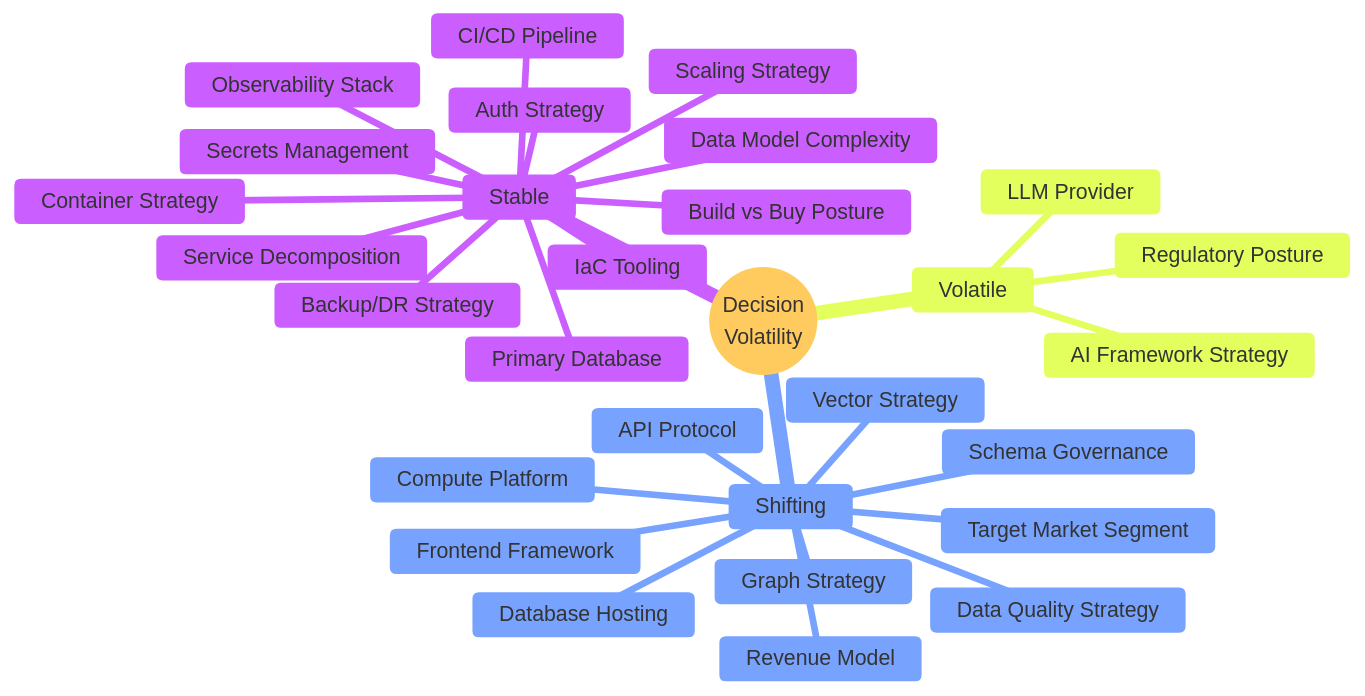
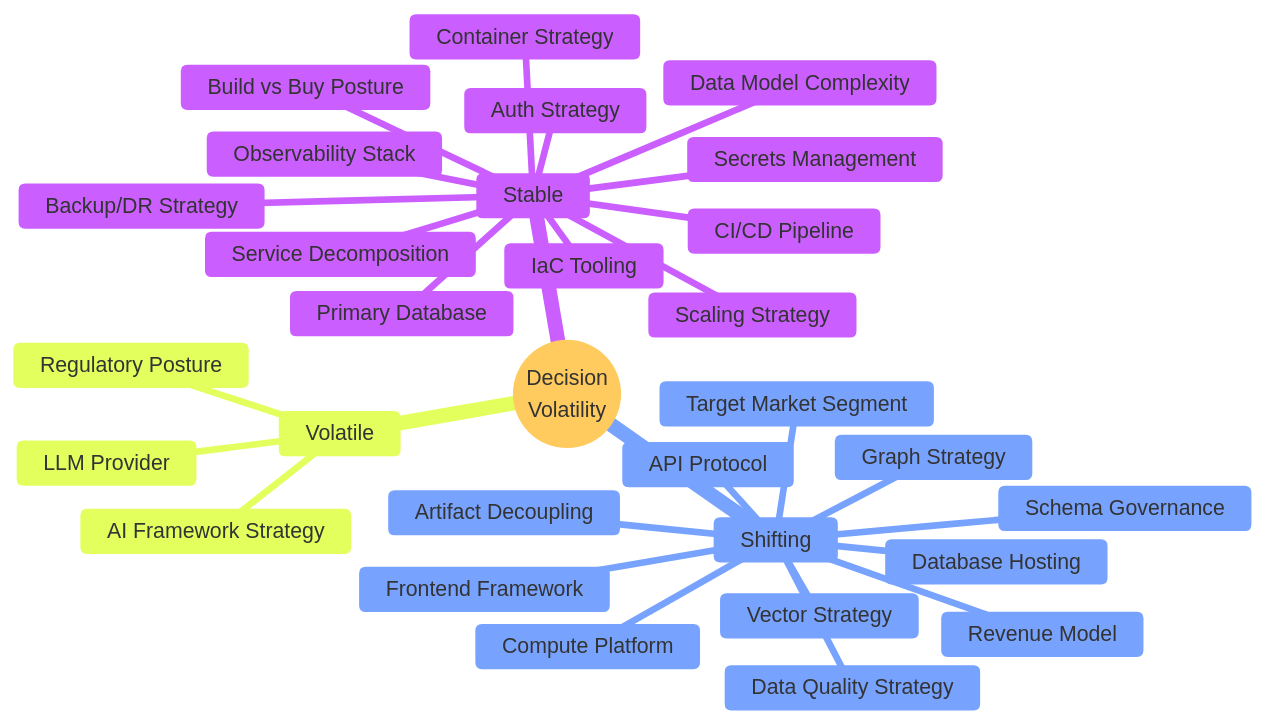
Before and after one commit to petteriTeikari/music-attribution-scaffold: the sixth of 6 diagrams in docs/prd/decisions/REPORT.md, drawn with Mermaid. The commit also changed other lines of this file and 2 other files, not shown here.

First line of the commit message:
docs(prd): update network topology and report for artifact decoupling

````diff
--- a/docs/prd/decisions/REPORT.md
+++ b/docs/prd/decisions/REPORT.md
@@ -335,33 +345,34 @@
 ```mermaid
 %%{init: {'theme': 'base', 'themeVariables': {'background': '#fcfaf5'}}}%%
 mindmap
   root((Decision<br/>Volatility))
     Stable
       Build vs Buy Posture
       Data Model Complexity
       Service Decomposition
       Primary Database
       Container Strategy
       CI/CD Pipeline
       IaC Tooling
       Scaling Strategy
       Backup/DR Strategy
       Secrets Management
       Observability Stack
       Auth Strategy
     Shifting
       Target Market Segment
       Revenue Model
       API Protocol
       Graph Strategy
       Vector Strategy
       Frontend Framework
       Compute Platform
       Database Hosting
       Data Quality Strategy
       Schema Governance
+      Artifact Decoupling
     Volatile
       Regulatory Posture
       AI Framework Strategy
       LLM Provider
 ```
````
